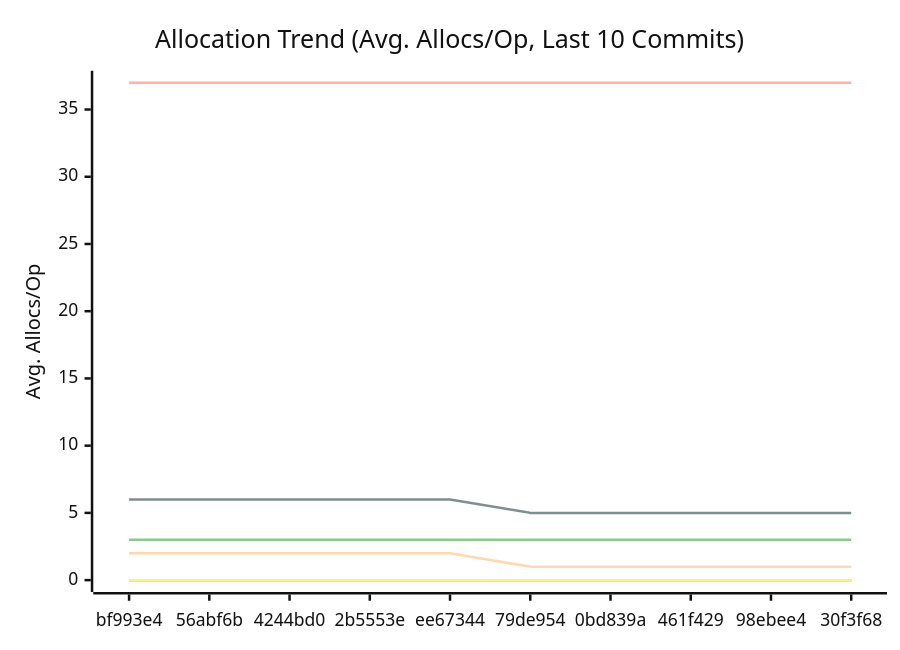
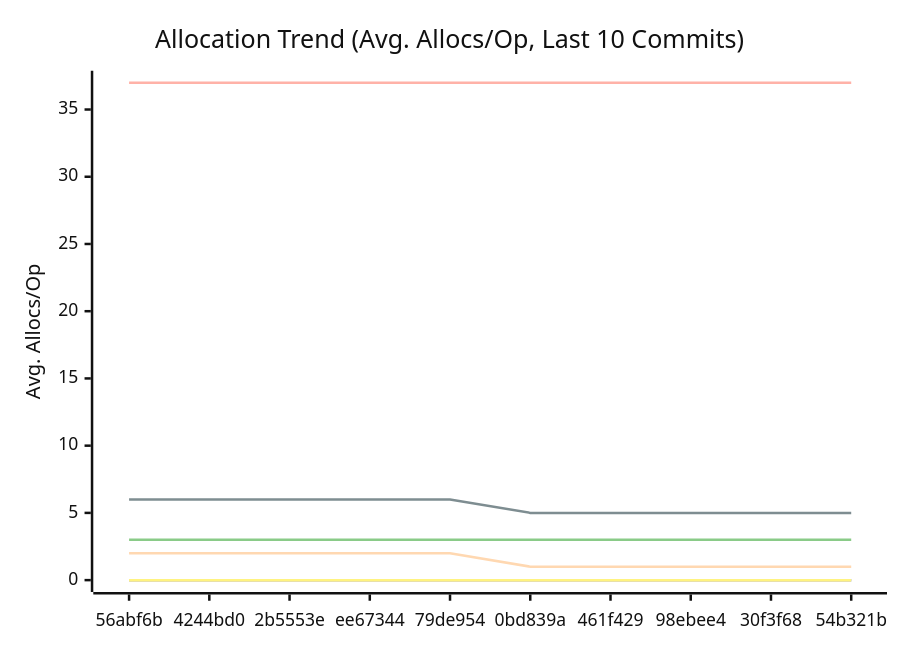
The third of 3 diagrams in docs/PERFORMANCE.md (alsotoes/momo), drawn with Mermaid (neutral theme) before and after one commit. The commit also changed other lines of this file and 2 other files, not shown here.

````diff
--- a/docs/PERFORMANCE.md
+++ b/docs/PERFORMANCE.md
@@ -114,16 +114,16 @@
 ```mermaid
 xychart-beta
     title "Allocation Trend (Avg. Allocs/Op, Last 10 Commits)"
     x-axis "Commit"
     y-axis "Avg. Allocs/Op"
-    x-axis [bf993e4,56abf6b,4244bd0,2b5553e,ee67344,79de954,0bd839a,461f429,98ebee4,30f3f68]
+    x-axis [56abf6b,4244bd0,2b5553e,ee67344,79de954,0bd839a,461f429,98ebee4,30f3f68,54b321b]
     line "CheckMetricsAndSwap" [0,0,0,0,0,0,0,0,0,0]
     line "CrushOptimized" [0,0,0,0,0,0,0,0,0,0]
     line "CrushOriginal" [3,3,3,3,3,3,3,3,3,3]
     line "IndexDirectTracking" [0,0,0,0,0,0,0,0,0,0]
     line "IndexSearch" [0,0,0,0,0,0,0,0,0,0]
     line "LoadGlobalConfig" [37,37,37,37,37,37,37,37,37,37]
     line "PadString" [0,0,0,0,0,0,0,0,0,0]
     line "ParseReplicationOrder_NoPrealloc" [6,6,6,6,6,5,5,5,5,5]
     line "ParseReplicationOrder_Prealloc" [2,2,2,2,2,1,1,1,1,1]
 ```
````
